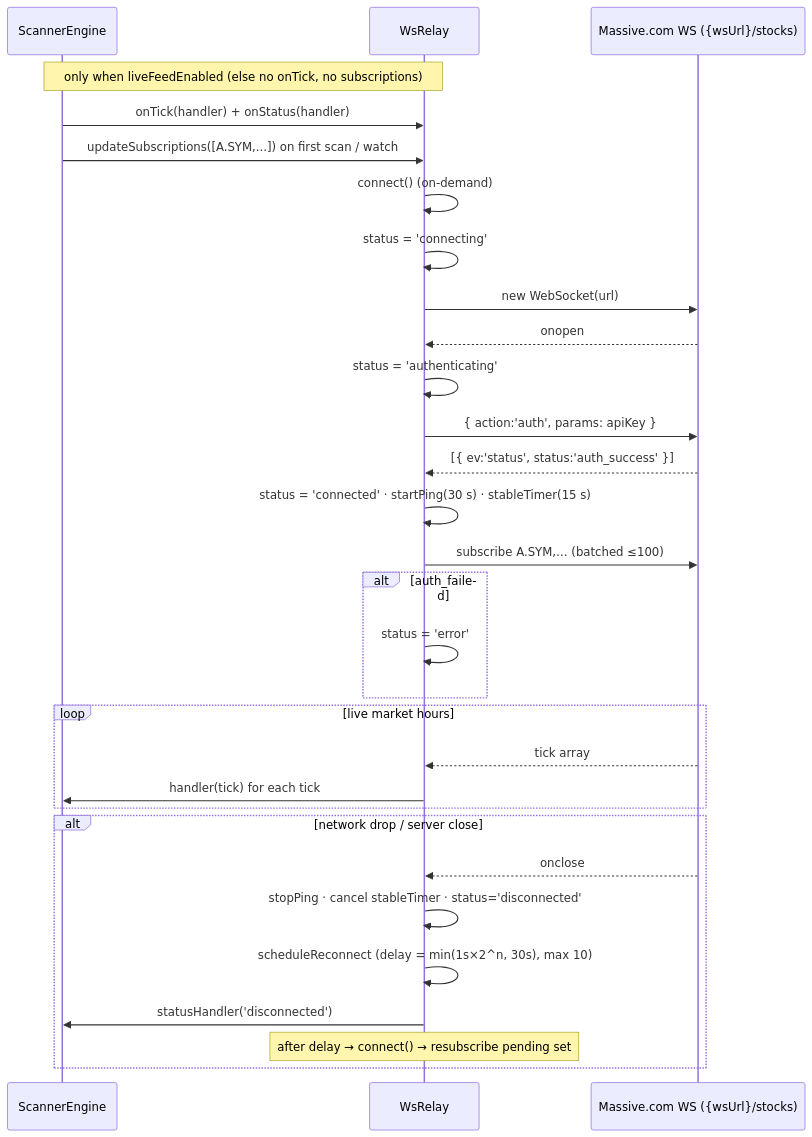
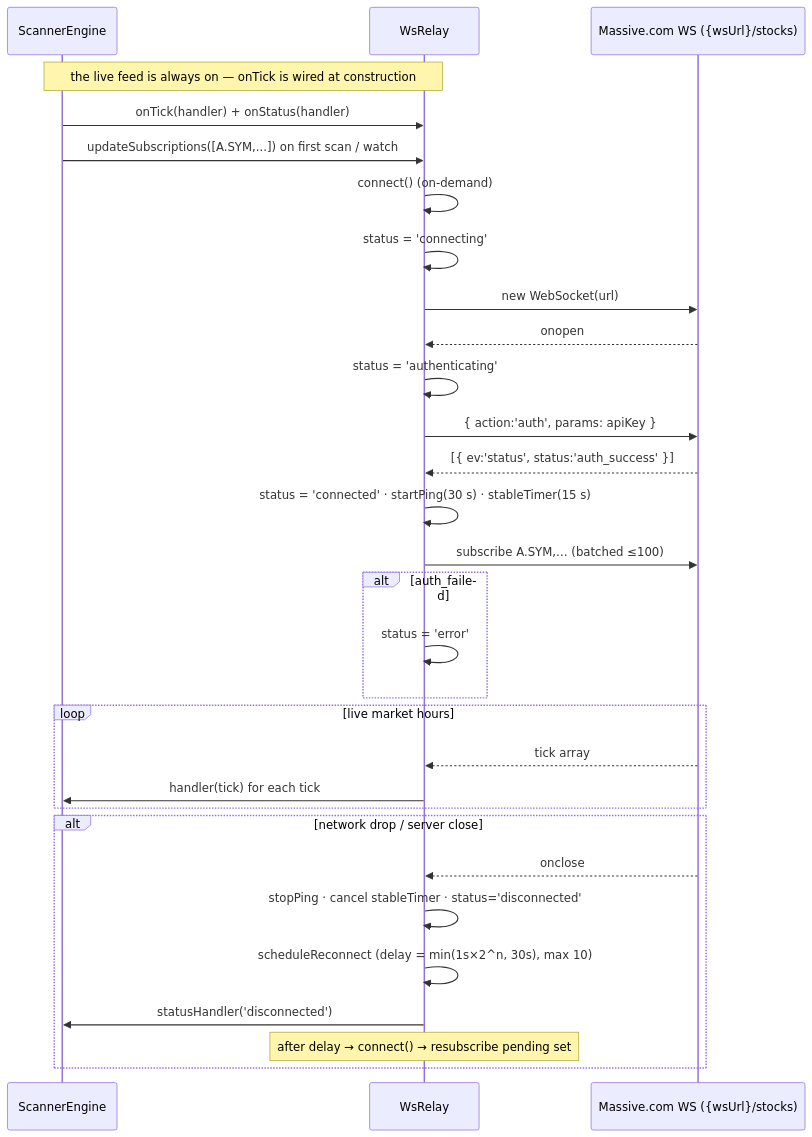
The fourth of 4 diagrams in docs/DATA_ARCHITECTURE.md (GerritKnoetze/pulse-trader), drawn with Mermaid before and after one commit. The commit also changed other lines of this file and 7 other files, not shown here.

First line of the commit message:
refactor(data): natural-key PK rebuild, always-on live feed, gated alerts

````diff
--- a/docs/DATA_ARCHITECTURE.md
+++ b/docs/DATA_ARCHITECTURE.md
@@ -1268,35 +1264,35 @@
 ```mermaid
 sequenceDiagram
     participant SE as ScannerEngine
     participant WS as WsRelay
     participant MassWS as Massive.com WS ({wsUrl}/stocks)
 
-    Note over SE,WS: only when liveFeedEnabled (else no onTick, no subscriptions)
+    Note over SE,WS: the live feed is always on — onTick is wired at construction
     SE->>WS: onTick(handler) + onStatus(handler)
     SE->>WS: updateSubscriptions([A.SYM,...]) on first scan / watch
     WS->>WS: connect() (on-demand)
     WS->>WS: status = 'connecting'
     WS->>MassWS: new WebSocket(url)
     MassWS-->>WS: onopen
     WS->>WS: status = 'authenticating'
     WS->>MassWS: { action:'auth', params: apiKey }
     MassWS-->>WS: [{ ev:'status', status:'auth_success' }]
     WS->>WS: status = 'connected' · startPing(30 s) · stableTimer(15 s)
     WS->>MassWS: subscribe A.SYM,… (batched ≤100)
     alt auth_failed
         WS->>WS: status = 'error'
     end
 
     loop live market hours
         MassWS-->>WS: tick array
         WS->>SE: handler(tick) for each tick
     end
 
     alt network drop / server close
         MassWS-->>WS: onclose
         WS->>WS: stopPing · cancel stableTimer · status='disconnected'
         WS->>WS: scheduleReconnect (delay = min(1s×2^n, 30s), max 10)
         WS->>SE: statusHandler('disconnected')
         Note over WS: after delay → connect() → resubscribe pending set
     end
 ```
````
